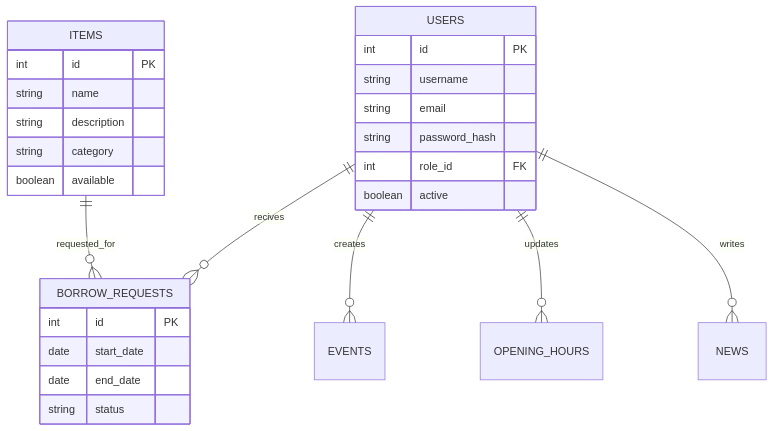
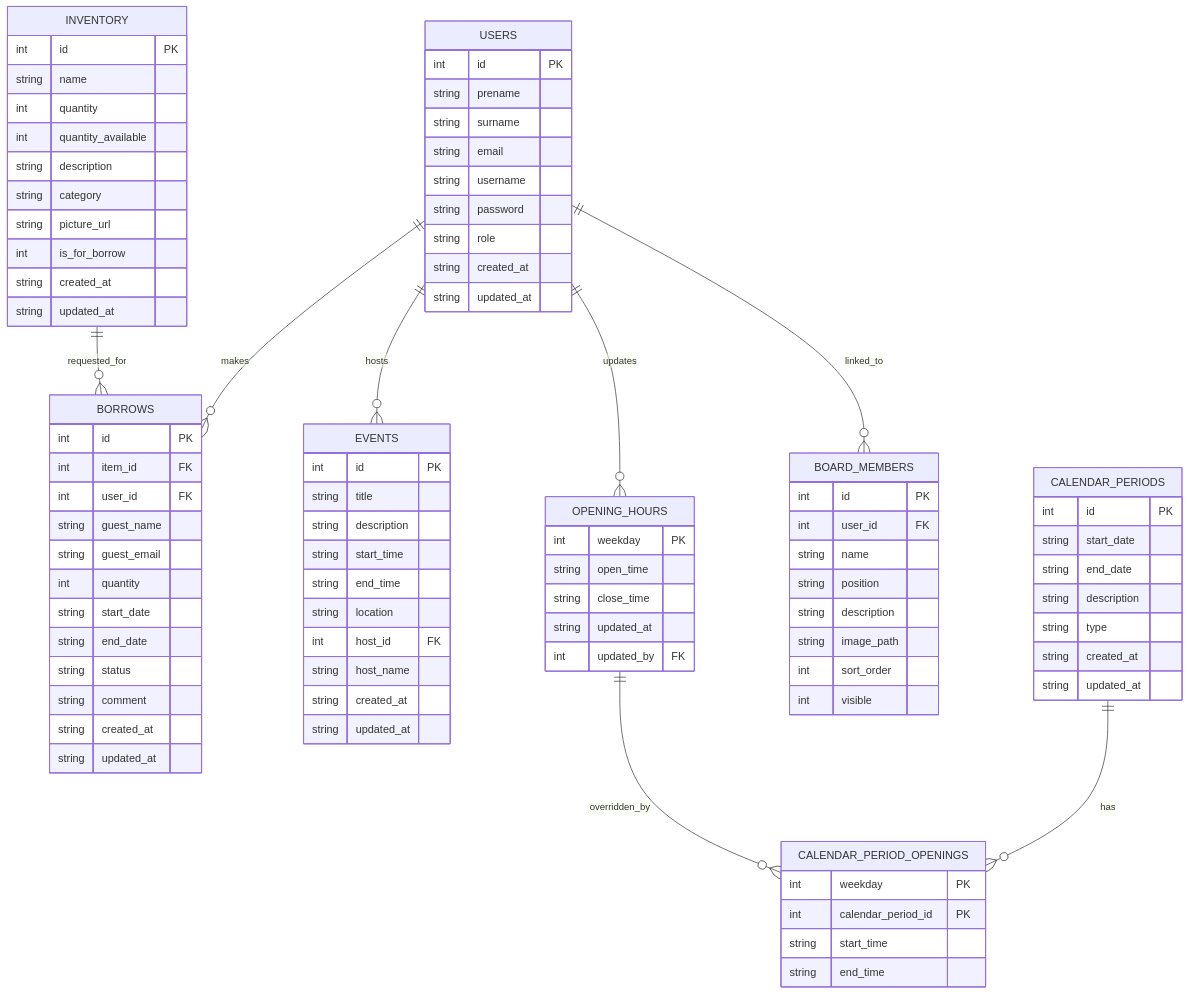
The diagram in README.md (ArtjoemUrban/cc_projekt), drawn with Mermaid before and after one commit. The commit also changed other lines of this file and 9 other files, not shown here.

````diff
--- a/README.md
+++ b/README.md
@@ -29,34 +29,99 @@
 ```mermaid
 erDiagram
-    USERS ||--o{ BORROW_REQUESTS : recives  
-    ITEMS ||--o{ BORROW_REQUESTS : requested_for
-    USERS ||--o{ EVENTS : creates
+    USERS ||--o{ BORROWS : makes
+    INVENTORY ||--o{ BORROWS : requested_for
+    USERS ||--o{ EVENTS : hosts
     USERS ||--o{ OPENING_HOURS : updates
-    USERS ||--o{ NEWS : writes
+    USERS ||--o{ BOARD_MEMBERS : linked_to
+    CALENDAR_PERIODS ||--o{ CALENDAR_PERIOD_OPENINGS : has
+    OPENING_HOURS ||--o{ CALENDAR_PERIOD_OPENINGS : overridden_by
 
     USERS {
         int id PK
+        string prename
+        string surname
+        string email
         string username
-        string email
-        string password_hash
-        int role_id FK
-        boolean active
+        string password
+        string role
+        string created_at
+        string updated_at
     }
 
-    
-
-    ITEMS {
+    INVENTORY {
         int id PK
         string name
+        int quantity
+        int quantity_available
         string description
         string category
-        boolean available
+        string picture_url
+        int is_for_borrow
+        string created_at
+        string updated_at
     }
 
-    BORROW_REQUESTS {
+    BORROWS {
         int id PK
-        date start_date
-        date end_date
+        int item_id FK
+        int user_id FK
+        string guest_name
+        string guest_email
+        int quantity
+        string start_date
+        string end_date
         string status
+        string comment
+        string created_at
+        string updated_at
+    }
+
+    EVENTS {
+        int id PK
+        string title
+        string description
+        string start_time
+        string end_time
+        string location
+        int host_id FK
+        string host_name
+        string created_at
+        string updated_at
+    }
+
+    OPENING_HOURS {
+        int weekday PK
+        string open_time
+        string close_time
+        string updated_at
+        int updated_by FK
+    }
+
+    CALENDAR_PERIODS {
+        int id PK
+        string start_date
+        string end_date
+        string description
+        string type
+        string created_at
+        string updated_at
+    }
+
+    CALENDAR_PERIOD_OPENINGS {
+        int weekday PK
+        int calendar_period_id PK
+        string start_time
+        string end_time
+    }
+
+    BOARD_MEMBERS {
+        int id PK
+        int user_id FK
+        string name
+        string position
+        string description
+        string image_path
+        int sort_order
+        int visible
     }
 ```
````
